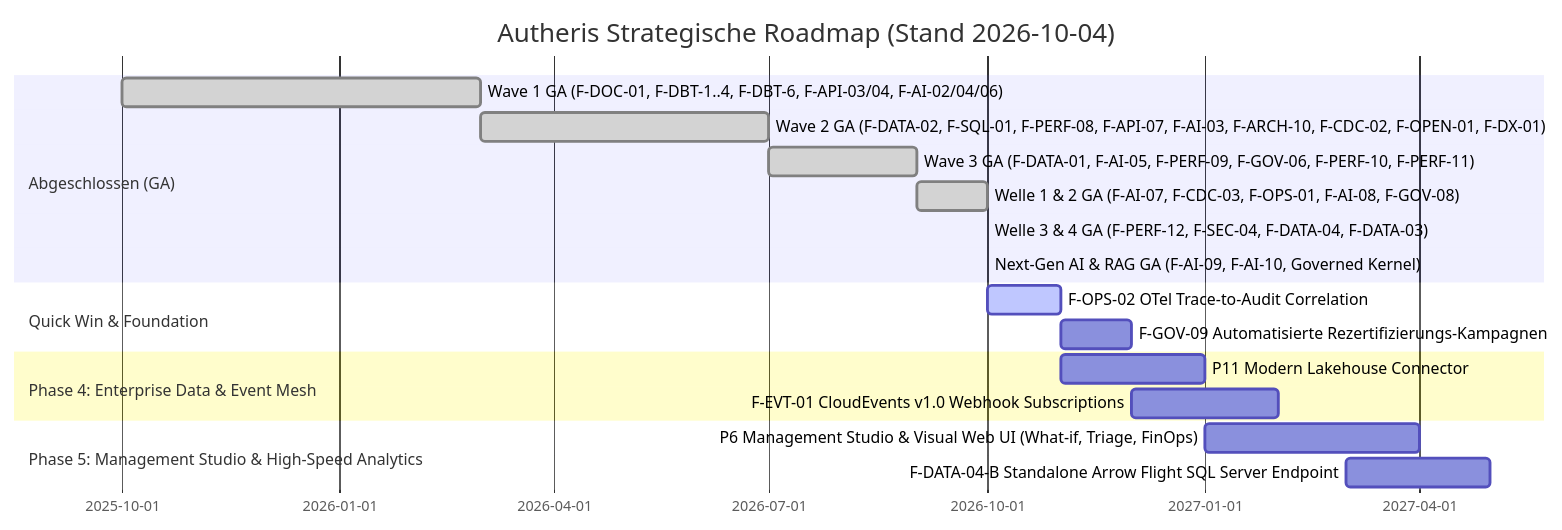
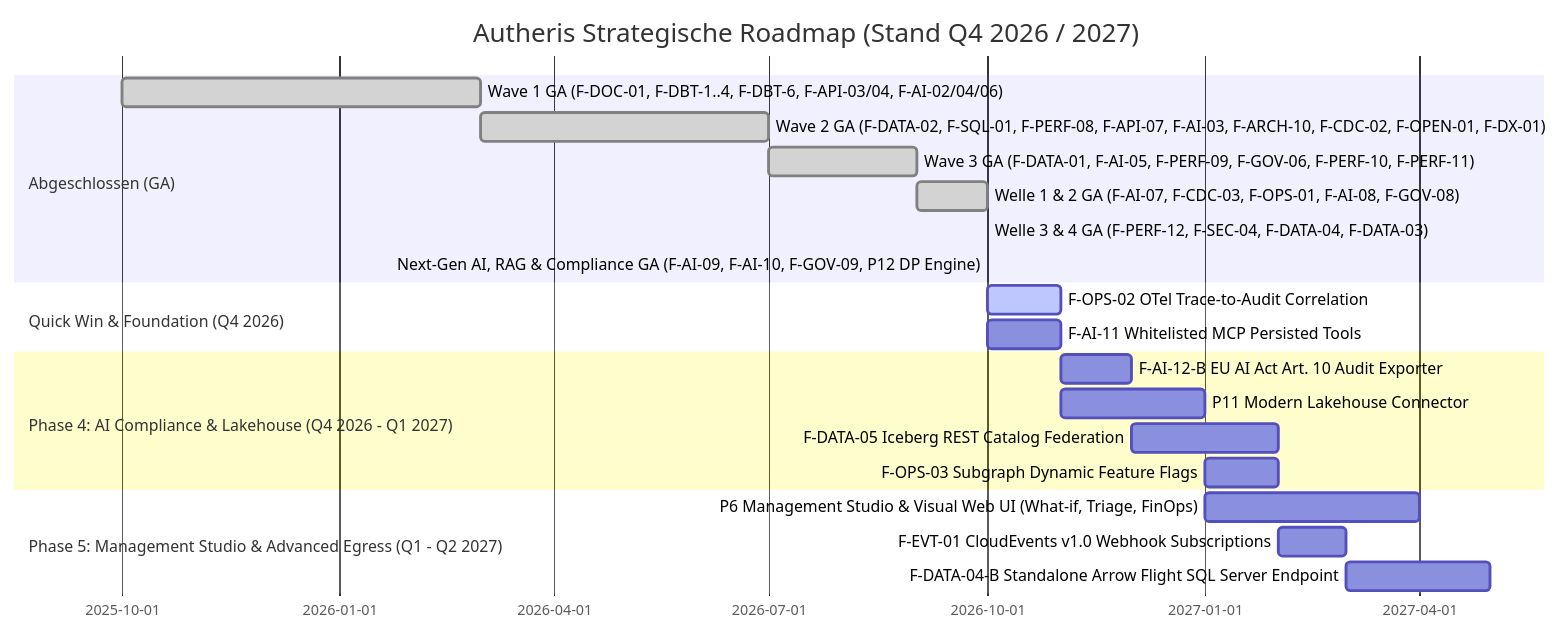
One commit to themulle/autheris changed the diagram in marktanalyse.md. Above: the diagram before and after it, drawn with Mermaid. The commit also changed other lines of this file and 16 other files, not shown here.

````diff
--- a/marktanalyse.md
+++ b/marktanalyse.md
@@ -338,21 +386,24 @@
 ```mermaid
 gantt
-    title Autheris Strategische Roadmap (Stand 2026-10-04)
+    title Autheris Strategische Roadmap (Stand Q4 2026 / 2027)
     dateFormat  YYYY-MM
     section Abgeschlossen (GA)
     Wave 1 GA (F-DOC-01, F-DBT-1..4, F-DBT-6, F-API-03/04, F-AI-02/04/06) :done, 2025-10, 2026-03
     Wave 2 GA (F-DATA-02, F-SQL-01, F-PERF-08, F-API-07, F-AI-03, F-ARCH-10, F-CDC-02, F-OPEN-01, F-DX-01) :done, 2026-03, 2026-07
     Wave 3 GA (F-DATA-01, F-AI-05, F-PERF-09, F-GOV-06, F-PERF-10, F-PERF-11) :done, 2026-07, 2026-09
     Welle 1 & 2 GA (F-AI-07, F-CDC-03, F-OPS-01, F-AI-08, F-GOV-08) :done, 2026-09, 2026-10
     Welle 3 & 4 GA (F-PERF-12, F-SEC-04, F-DATA-04, F-DATA-03) :done, 2026-10, 2026-10
-    Next-Gen AI & RAG GA (F-AI-09, F-AI-10, Governed Kernel) :done, 2026-10, 2026-10
-    section Quick Win & Foundation
+    Next-Gen AI, RAG & Compliance GA (F-AI-09, F-AI-10, F-GOV-09, P12 DP Engine) :done, 2026-10, 2026-10
+    section Quick Win & Foundation (Q4 2026)
     F-OPS-02 OTel Trace-to-Audit Correlation :active, 2026-10, 2026-11
-    F-GOV-09 Automatisierte Rezertifizierungs-Kampagnen :2026-11, 2026-12
-    section Phase 4: Enterprise Data & Event Mesh
+    F-AI-11 Whitelisted MCP Persisted Tools :2026-10, 2026-11
+    section Phase 4: AI Compliance & Lakehouse (Q4 2026 - Q1 2027)
+    F-AI-12-B EU AI Act Art. 10 Audit Exporter :2026-11, 2026-12
     P11 Modern Lakehouse Connector: Delta Lake (UniForm) :2026-11, 2027-01
-    F-EVT-01 CloudEvents v1.0 Webhook Subscriptions :2026-12, 2027-02
-    section Phase 5: Management Studio & High-Speed Analytics
+    F-DATA-05 Iceberg REST Catalog Federation :2026-12, 2027-02
+    F-OPS-03 Subgraph Dynamic Feature Flags :2027-01, 2027-02
+    section Phase 5: Management Studio & Advanced Egress (Q1 - Q2 2027)
     P6 Management Studio & Visual Web UI (What-if, Triage, FinOps) :2027-01, 2027-04
+    F-EVT-01 CloudEvents v1.0 Webhook Subscriptions :2027-02, 2027-03
     F-DATA-04-B Standalone Arrow Flight SQL Server Endpoint :2027-03, 2027-05
 ```
````
